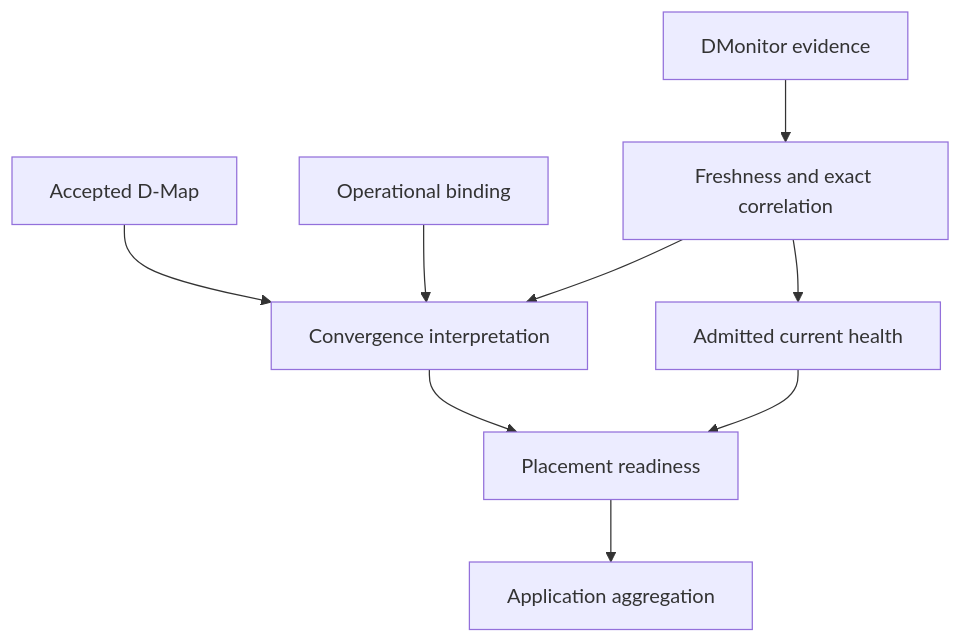
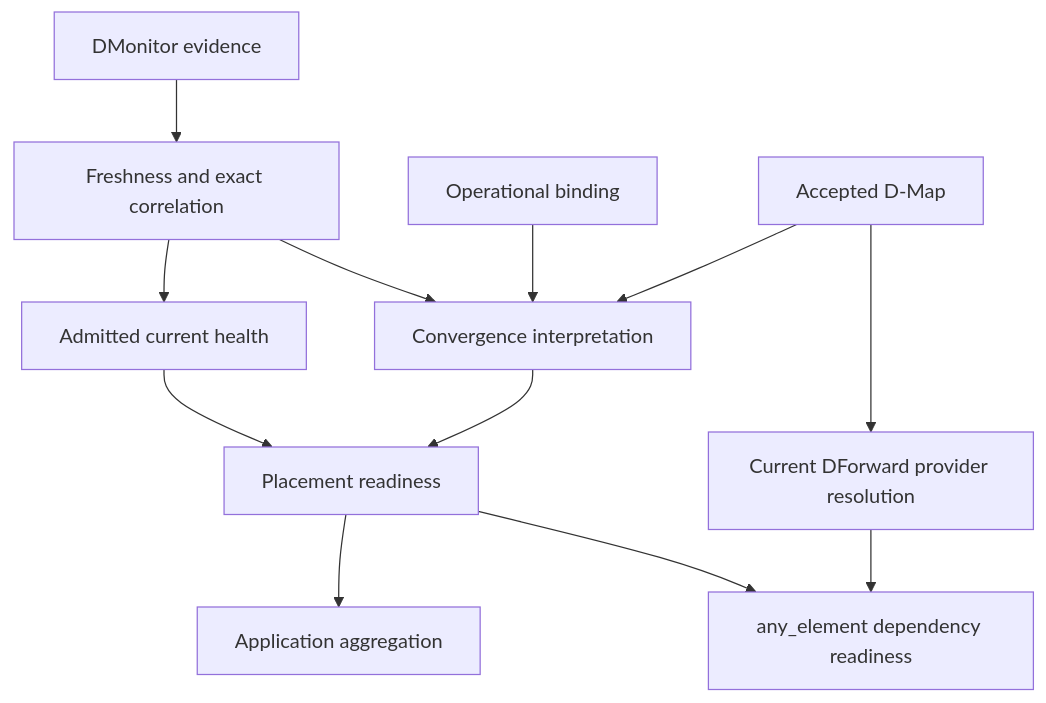
Before and after one commit to dnredson/datum-docs: the diagram in docs/architecture/index.md, drawn with Mermaid. The commit also changed other lines of this file and 17 other files, not shown here.

Commit message:
docs: document Phase 114D2 dependency readiness

````diff
--- a/docs/architecture/index.md
+++ b/docs/architecture/index.md
@@ -17,11 +17,14 @@
 ```mermaid
 flowchart TD
     A["Accepted D-Map"] --> C["Convergence interpretation"]
     B["Operational binding"] --> C
     E["DMonitor evidence"] --> F["Freshness and exact correlation"]
     F --> C
     F --> H["Admitted current health"]
     C --> R["Placement readiness"]
     H --> R
     R --> G["Application aggregation"]
+    A --> P["Current DForward provider resolution"]
+    P --> D["any_element dependency readiness"]
+    R --> D
 ```
````
